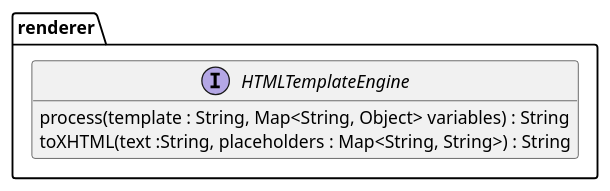
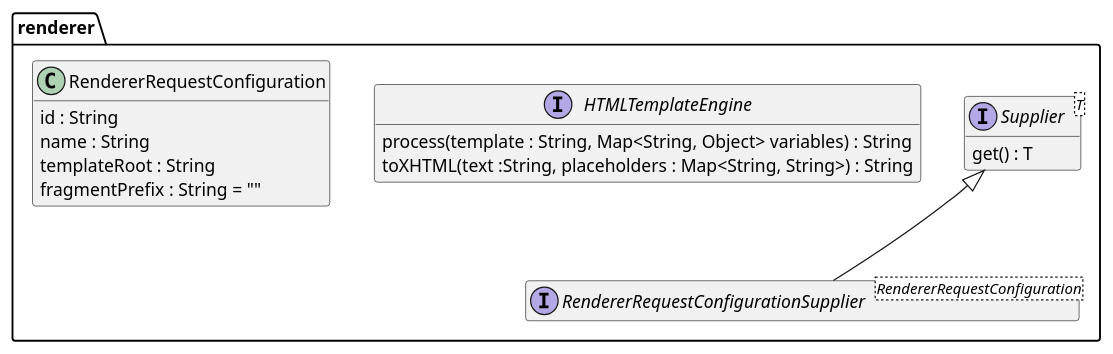
Before and after one commit to tailoringexpert/platform: the diagram in src/site/arc42/plantuml/core/renderer/Ebene3.plantuml, drawn with PlantUML. The commit also changed 43 other files, not shown here.

```diff
--- a/src/site/arc42/plantuml/core/renderer/Ebene3.plantuml
+++ b/src/site/arc42/plantuml/core/renderer/Ebene3.plantuml
@@ -1,11 +1,26 @@
 @startuml Ebene3.png
 hide empty members
 
 package renderer {
 
+    interface "Supplier<T>" as Supplier {
+        get() : T
+    }
+
     interface HTMLTemplateEngine {
         process(template : String, Map<String, Object> variables) : String
         toXHTML(text :String, placeholders : Map<String, String>) : String
     }
+
+    class RendererRequestConfiguration {
+        id : String
+        name : String
+        templateRoot : String
+        fragmentPrefix : String = ""
+    }
+
+    interface RendererRequestConfigurationSupplier<RendererRequestConfiguration> {
+    }
+    Supplier <|-- RendererRequestConfigurationSupplier
 }
 @enduml
```
